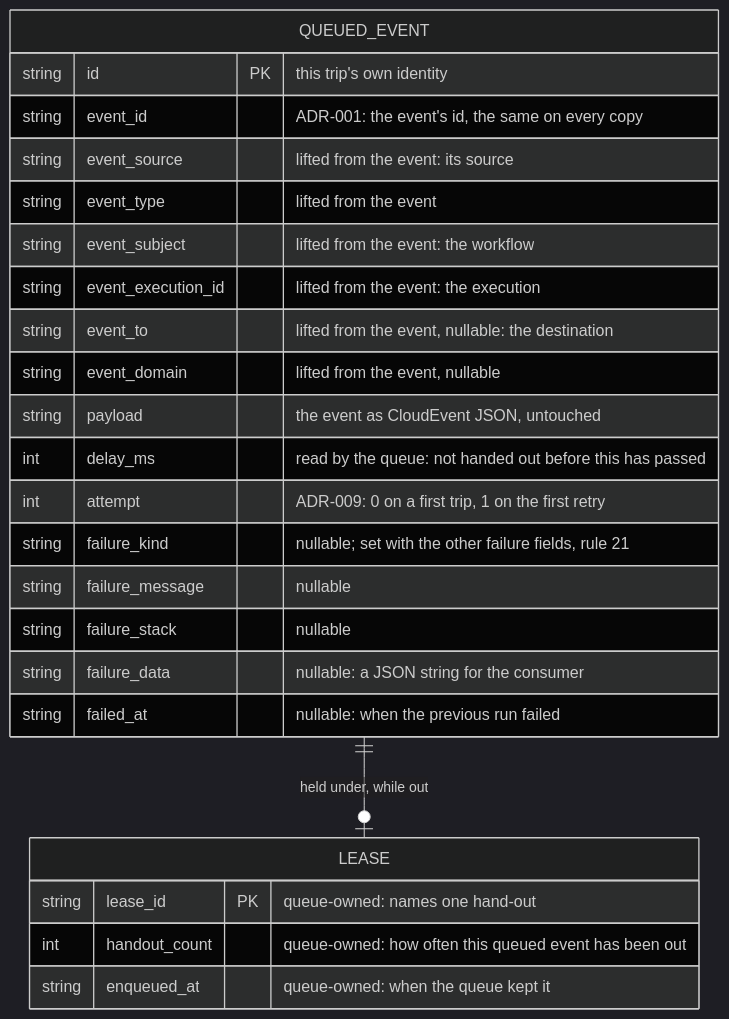
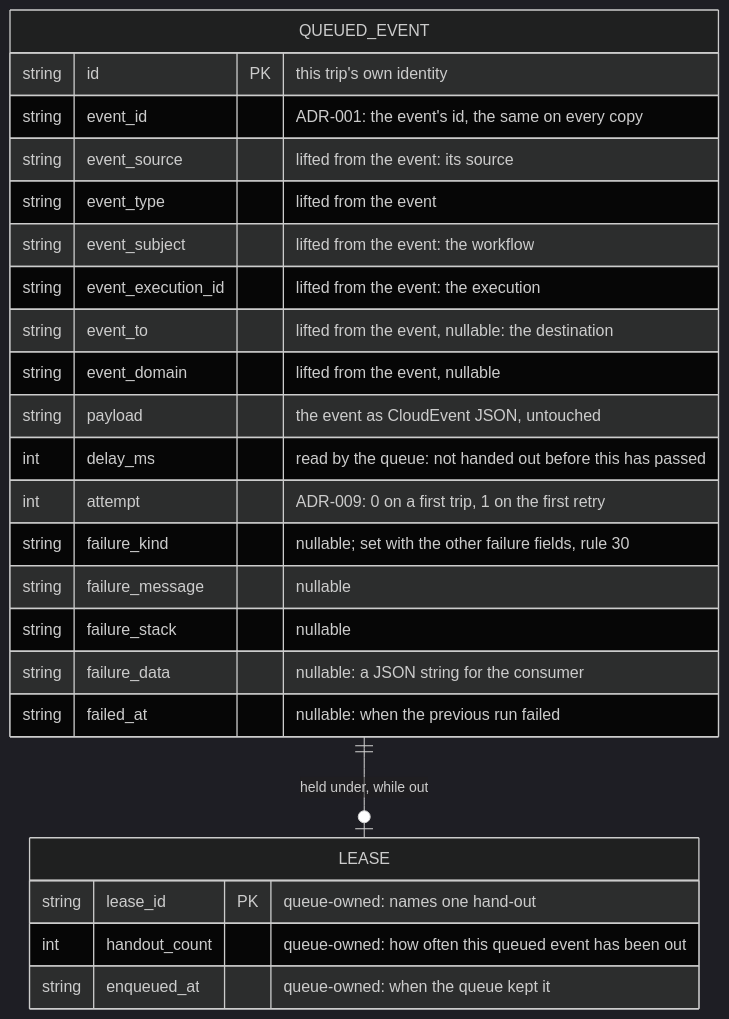
Before and after one commit to SaadAhmad123/arvo-core: the first of 3 diagrams in docs/adr/021-queue.md, drawn with Mermaid (dark theme). The commit also changed other lines of this file, not shown here.

````diff
--- a/docs/adr/021-queue.md
+++ b/docs/adr/021-queue.md
@@ -71,27 +71,27 @@
 ```mermaid
 erDiagram
     QUEUED_EVENT ||--o| LEASE : "held under, while out"
     QUEUED_EVENT {
         string id                  PK "this trip's own identity"
         string event_id               "ADR-001: the event's id, the same on every copy"
         string event_source           "lifted from the event: its source"
         string event_type             "lifted from the event"
         string event_subject          "lifted from the event: the workflow"
         string event_execution_id     "lifted from the event: the execution"
         string event_to               "lifted from the event, nullable: the destination"
         string event_domain           "lifted from the event, nullable"
         string payload                "the event as CloudEvent JSON, untouched"
         int    delay_ms               "read by the queue: not handed out before this has passed"
         int    attempt                "ADR-009: 0 on a first trip, 1 on the first retry"
-        string failure_kind           "nullable; set with the other failure fields, rule 21"
+        string failure_kind           "nullable; set with the other failure fields, rule 30"
         string failure_message        "nullable"
         string failure_stack          "nullable"
         string failure_data           "nullable: a JSON string for the consumer"
         string failed_at              "nullable: when the previous run failed"
     }
     LEASE {
         string lease_id            PK "queue-owned: names one hand-out"
         int    handout_count          "queue-owned: how often this queued event has been out"
         string enqueued_at            "queue-owned: when the queue kept it"
     }
 ```
````
